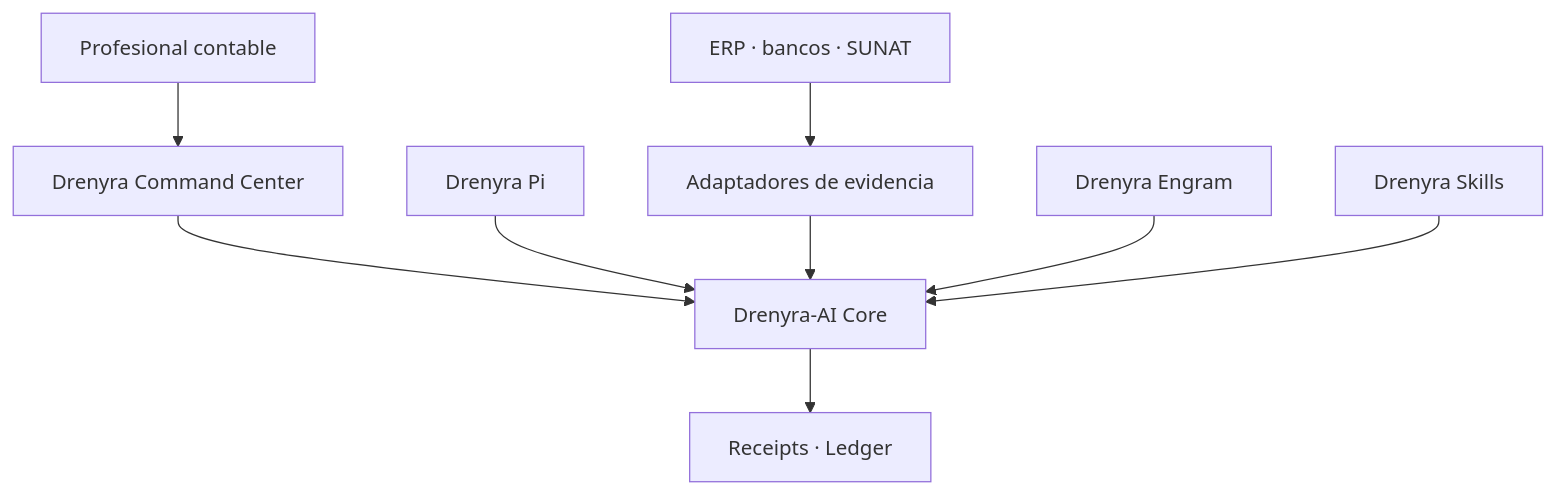
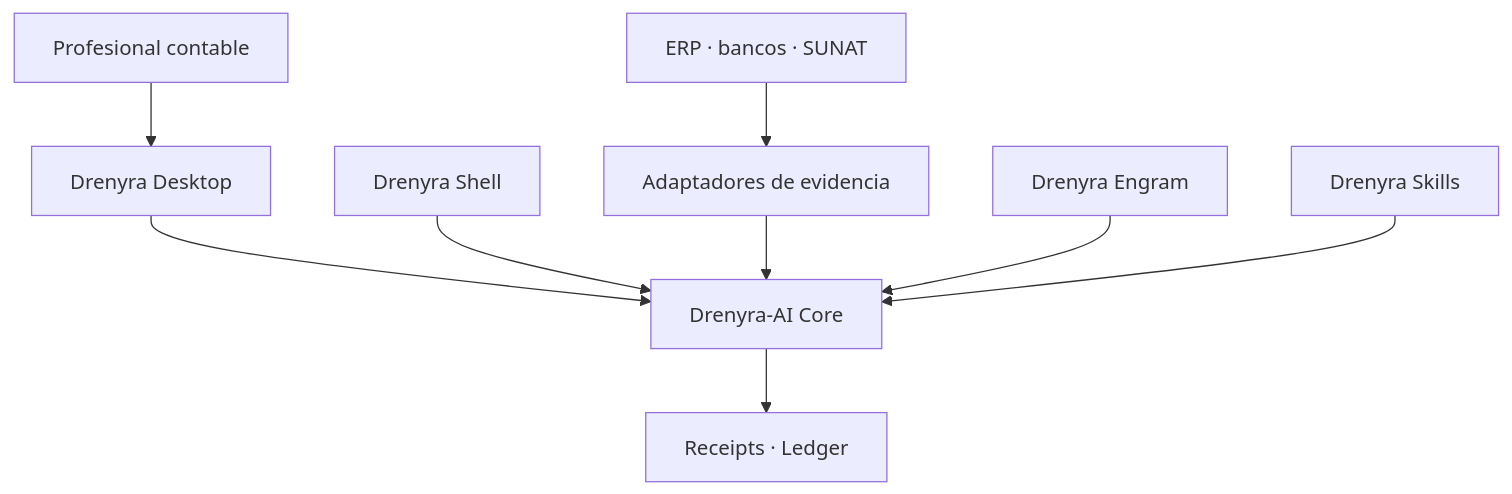
The diagram in docs/architecture/ecosystem-boundaries.md (arkelythex/drenyra-command-center), drawn with Mermaid before and after one commit. The commit also changed other lines of this file and 47 other files, not shown here.

First line of the commit message:
docs(legacy): replace Command Center and Pi names across documentation

````diff
--- a/docs/architecture/ecosystem-boundaries.md
+++ b/docs/architecture/ecosystem-boundaries.md
@@ -47,11 +47,11 @@
 ```mermaid
 flowchart TD
-    P["Profesional contable"] --> D["Drenyra Command Center"]
+    P["Profesional contable"] --> D["Drenyra Desktop"]
     D --> AI["Drenyra-AI Core"]
-    PI["Drenyra Pi"] --> AI
+    PI["Drenyra Shell"] --> AI
     ERP["ERP · bancos · SUNAT"] --> AD["Adaptadores de evidencia"]
     AD --> AI
     EN["Drenyra Engram"] --> AI
     SK["Drenyra Skills"] --> AI
     AI --> RC["Receipts · Ledger"]
 ```
````
